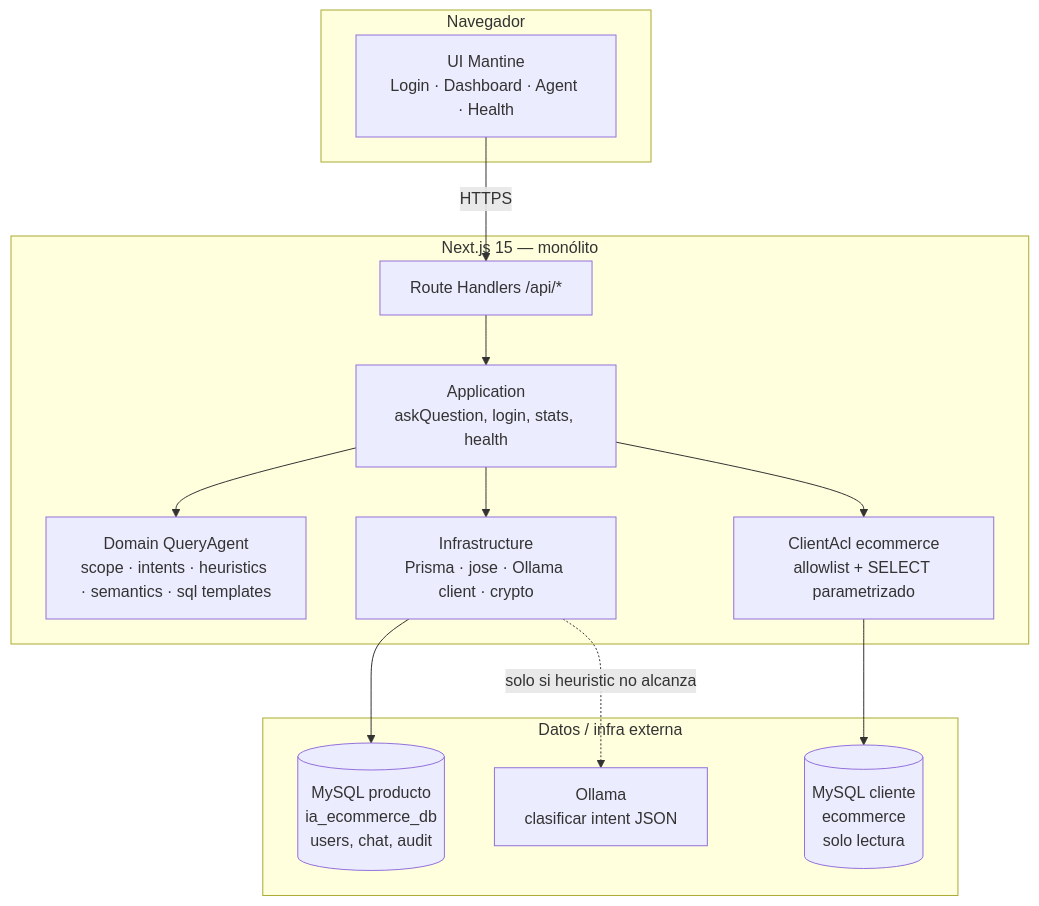
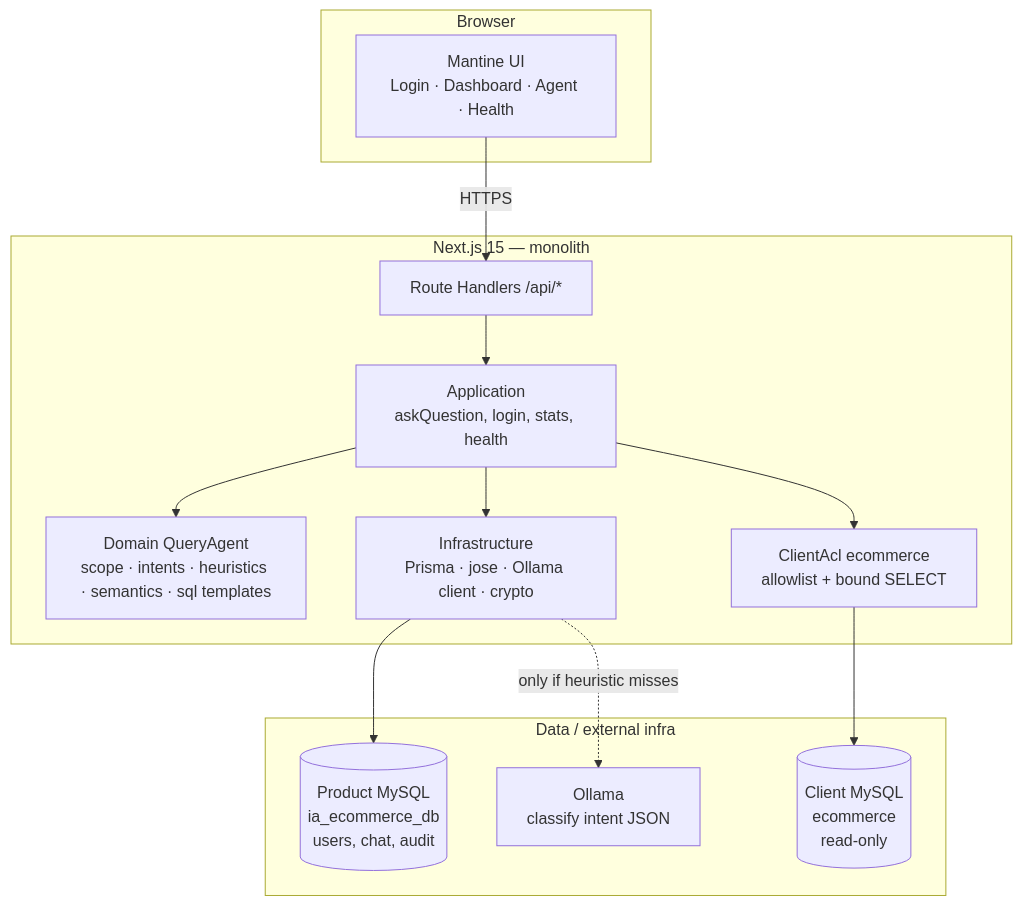
Before and after one commit to jjmirandaa86/ia-ecommerce-v3: the first of 2 diagrams in README.md, drawn with Mermaid. The commit also changed other lines of this file, not shown here.

````diff
--- a/README.md
+++ b/README.md
@@ -32,29 +32,29 @@
 ```mermaid
 flowchart TB
-  subgraph Browser["Navegador"]
-    UI["UI Mantine<br/>Login · Dashboard · Agent · Health"]
+  subgraph Browser["Browser"]
+    UI["Mantine UI<br/>Login · Dashboard · Agent · Health"]
   end
 
-  subgraph Next["Next.js 15 — monólito"]
+  subgraph Next["Next.js 15 — monolith"]
     API["Route Handlers /api/*"]
     APP["Application<br/>askQuestion, login, stats, health"]
     DOM["Domain QueryAgent<br/>scope · intents · heuristics · semantics · sql templates"]
-    ACL["ClientAcl ecommerce<br/>allowlist + SELECT parametrizado"]
+    ACL["ClientAcl ecommerce<br/>allowlist + bound SELECT"]
     INF["Infrastructure<br/>Prisma · jose · Ollama client · crypto"]
   end
 
-  subgraph Data["Datos / infra externa"]
-    PDB[("MySQL producto<br/>ia_ecommerce_db<br/>users, chat, audit")]
-    CDB[("MySQL cliente<br/>ecommerce<br/>solo lectura")]
-    LLM["Ollama<br/>clasificar intent JSON"]
+  subgraph Data["Data / external infra"]
+    PDB[("Product MySQL<br/>ia_ecommerce_db<br/>users, chat, audit")]
+    CDB[("Client MySQL<br/>ecommerce<br/>read-only")]
+    LLM["Ollama<br/>classify intent JSON"]
   end
 
   UI -->|HTTPS| API
   API --> APP
   APP --> DOM
   APP --> INF
   APP --> ACL
   INF --> PDB
   ACL --> CDB
-  INF -.->|solo si heuristic no alcanza| LLM
+  INF -.->|only if heuristic misses| LLM
 ```
````
